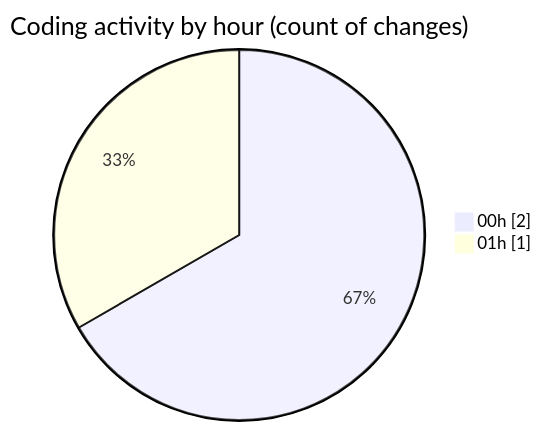
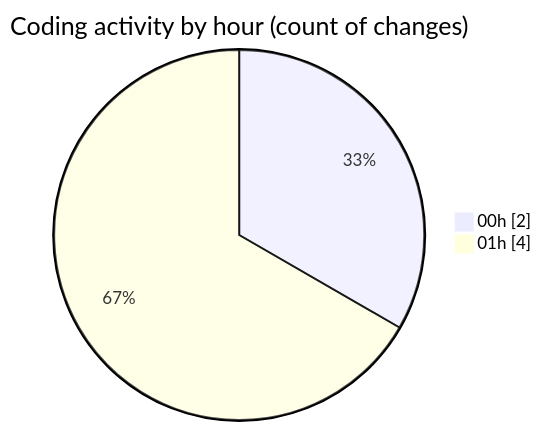
One commit to donsfak/code-tracking changed the second of 2 diagrams in 2025-04-19/trackers_app/README.md. Above: the diagram before and after it, drawn with Mermaid. The commit also changed other lines of this file and 1 other file, not shown here.

````diff
--- a/2025-04-19/trackers_app/README.md
+++ b/2025-04-19/trackers_app/README.md
@@ -28,6 +30,6 @@
 ```mermaid
 pie showData
 title Coding activity by hour (count of changes)
 "00h" : 2
-"01h" : 1
+"01h" : 4
 ```
````
